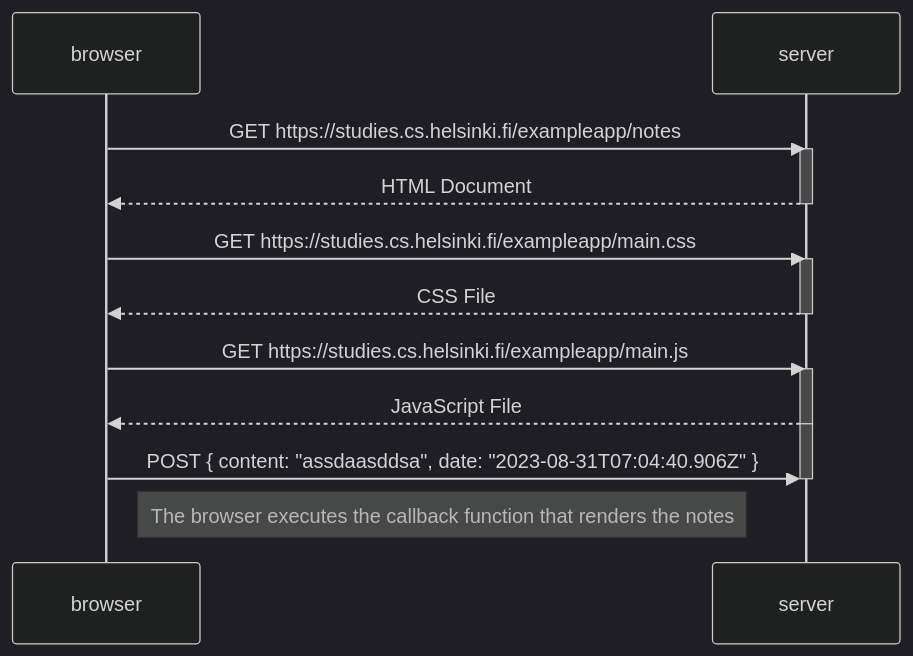
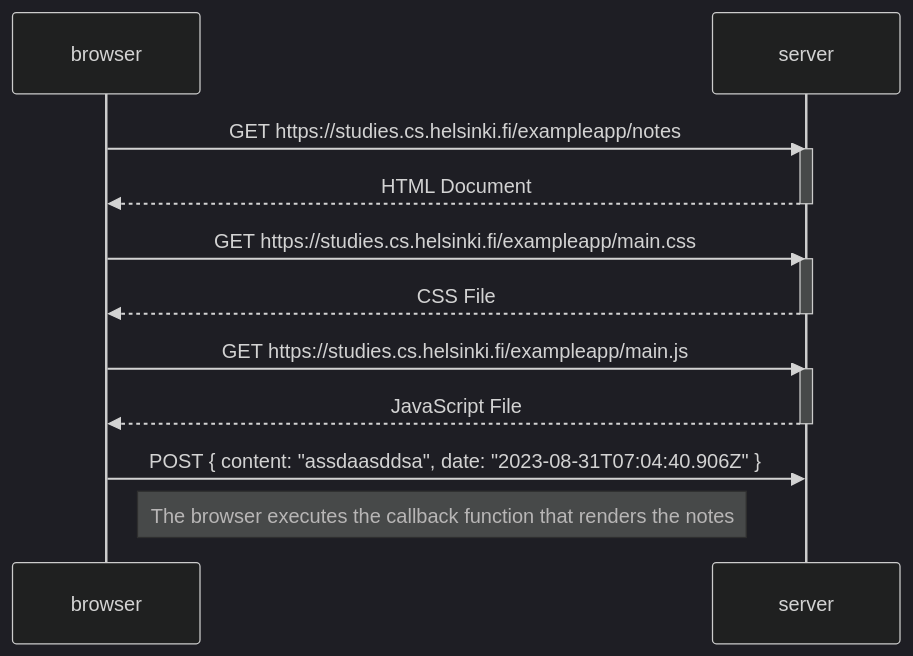
One commit to valtteriper/FullstackOpen changed the diagram in part_0_4.md. Above: the diagram before and after it, drawn with Mermaid (dark theme).

````diff
--- a/part_0_4.md
+++ b/part_0_4.md
@@ -1,27 +1,25 @@
 ```mermaid
 sequenceDiagram
     participant browser
     participant server
     
     browser->>server: GET https://studies.cs.helsinki.fi/exampleapp/notes
     activate server
     server-->>browser: HTML Document
     deactivate server
 
     browser->>server: GET https://studies.cs.helsinki.fi/exampleapp/main.css
     activate server
     server-->>browser: CSS File
     deactivate server
 
     browser->>server: GET https://studies.cs.helsinki.fi/exampleapp/main.js
     activate server
     server-->>browser: JavaScript File
     deactivate server
 
-    activate server
     browser->>server: POST { content: "assdaasddsa", date: "2023-08-31T07:04:40.906Z" }
-    deactivate server
 
 Note right of browser: The browser executes the callback function that renders the notes
 
 ```
````
